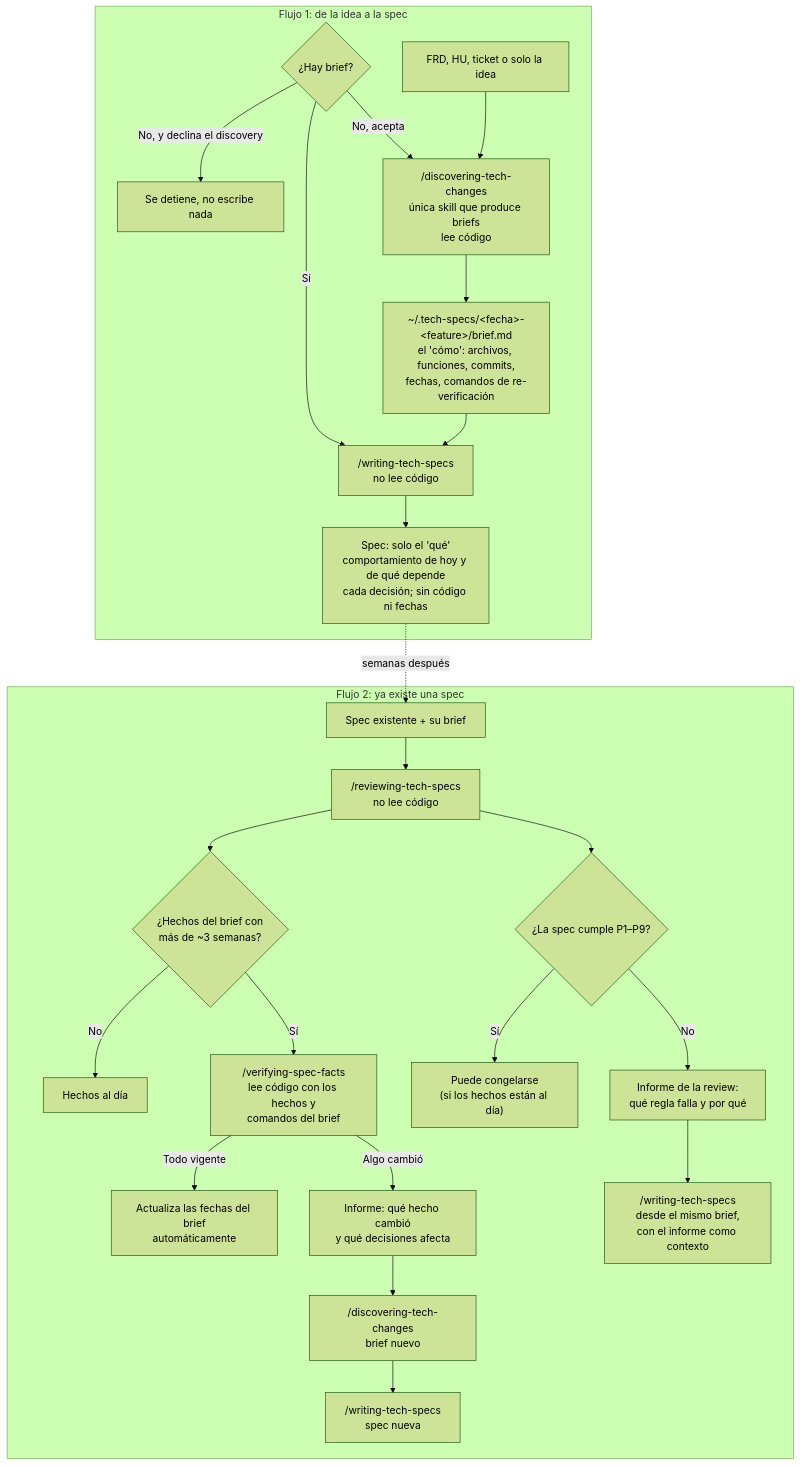
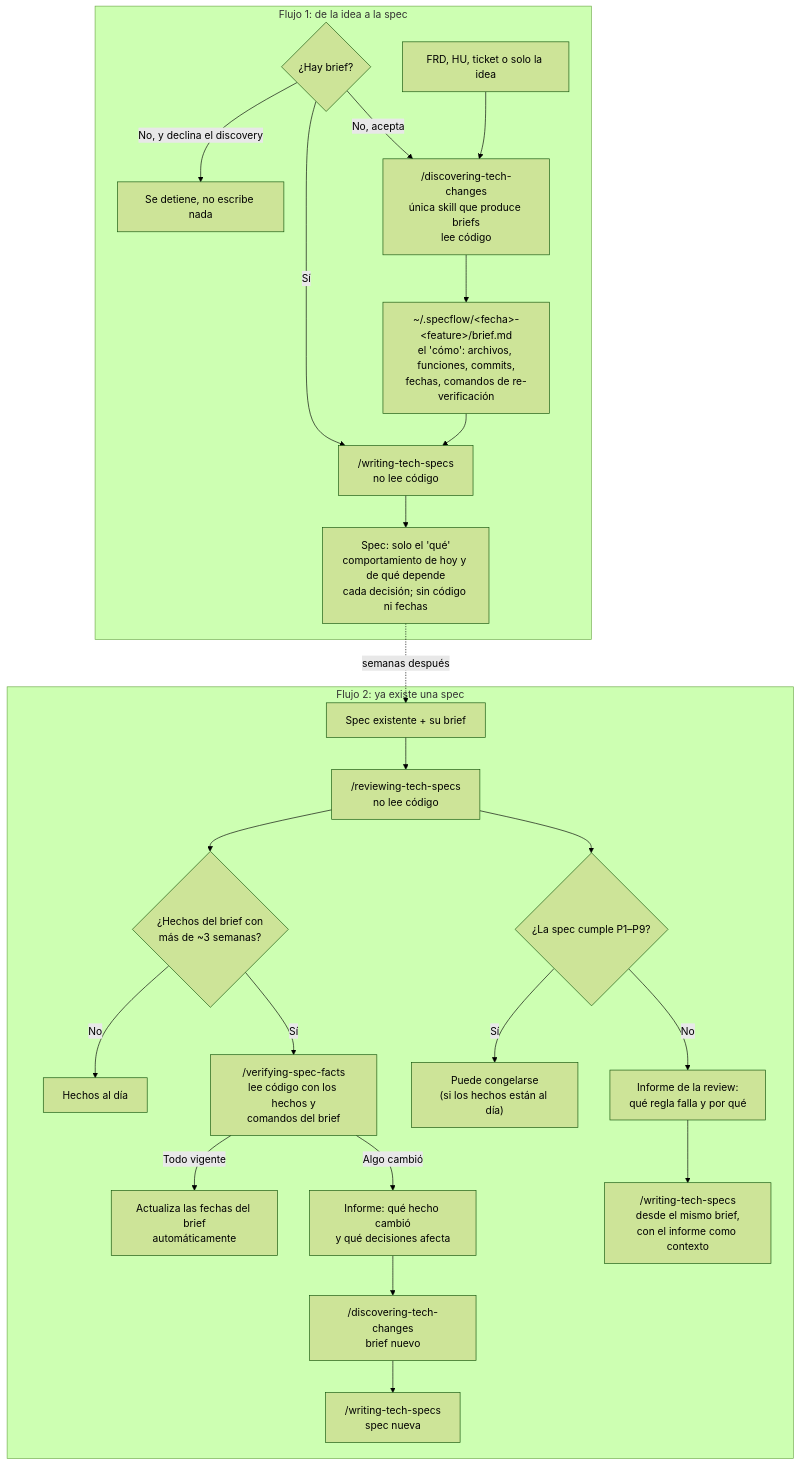
The diagram in docs/skills/planning/flow.es.md (carlos-enrique-hurtado-puente/my-skills), drawn with Mermaid (forest theme) before and after one commit. The commit also changed other lines of this file and 18 other files, not shown here.

````diff
--- a/docs/skills/planning/flow.es.md
+++ b/docs/skills/planning/flow.es.md
@@ -7,30 +7,30 @@
 ```mermaid
 flowchart TD
     subgraph F1["Flujo 1: de la idea a la spec"]
       Q0{"¿Hay brief?"} -- "No, y declina el discovery" --> STOP["Se detiene, no escribe nada"]
       Q0 -- "No, acepta" --> DISC
       Q0 -- "Sí" --> WRITE
       IN["FRD, HU, ticket o solo la idea"] --> DISC["/discovering-tech-changes<br/>única skill que produce briefs<br/>lee código"]
-      DISC --> BRIEF["~/.tech-specs/&lt;fecha&gt;-&lt;feature&gt;/brief.md<br/>el 'cómo': archivos, funciones, commits,<br/>fechas, comandos de re-verificación"]
+      DISC --> BRIEF["~/.specflow/&lt;fecha&gt;-&lt;feature&gt;/brief.md<br/>el 'cómo': archivos, funciones, commits,<br/>fechas, comandos de re-verificación"]
       BRIEF --> WRITE["/writing-tech-specs<br/>no lee código"]
       WRITE --> SPEC["Spec: solo el 'qué'<br/>comportamiento de hoy y de qué depende<br/>cada decisión; sin código ni fechas"]
     end
 
     subgraph F2["Flujo 2: ya existe una spec"]
       S2["Spec existente + su brief"] --> REV["/reviewing-tech-specs<br/>no lee código"]
       REV --> FORM{"¿La spec cumple P1–P9?"}
       REV --> AGE{"¿Hechos del brief con<br/>más de ~3 semanas?"}
 
       AGE -- "No" --> FRESH["Hechos al día"]
       AGE -- "Sí" --> VER["/verifying-spec-facts<br/>lee código con los hechos y<br/>comandos del brief"]
       VER -- "Todo vigente" --> DATES["Actualiza las fechas del brief<br/>automáticamente"]
       VER -- "Algo cambió" --> REPV["Informe: qué hecho cambió<br/>y qué decisiones afecta"]
       REPV --> DISC2["/discovering-tech-changes<br/>brief nuevo"] --> WRITE2["/writing-tech-specs<br/>spec nueva"]
 
       FORM -- "Sí" --> PASS["Puede congelarse<br/>(si los hechos están al día)"]
       FORM -- "No" --> REPF["Informe de la review:<br/>qué regla falla y por qué"]
       REPF --> WRITE3["/writing-tech-specs<br/>desde el mismo brief,<br/>con el informe como contexto"]
     end
 
     SPEC -. "semanas después" .-> S2
 ```
````
